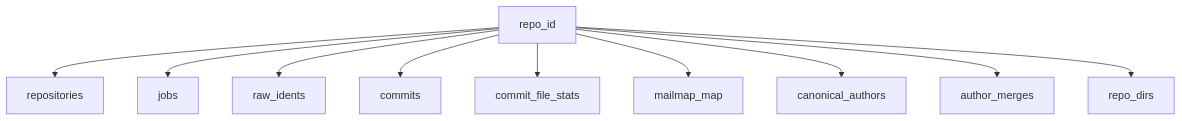
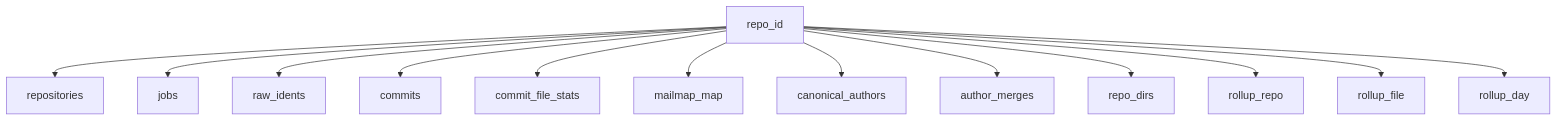
Before and after one commit to ZFakir/SDPTestOne2799656: the third of 11 diagrams in .qoder/repowiki/en/content/Data Models & Database Schema/Database Schema.md, drawn with Mermaid. The commit also changed other lines of this file and 115 other files, not shown here.

````diff
--- a/.qoder/repowiki/en/content/Data Models & Database Schema/Database Schema.md
+++ b/.qoder/repowiki/en/content/Data Models & Database Schema/Database Schema.md
@@ -187,12 +229,15 @@
 ```mermaid
 flowchart TD
 RepoId["repo_id"] --> Repos["repositories"]
 RepoId --> Jobs["jobs"]
 RepoId --> RawIdents["raw_idents"]
 RepoId --> Commits["commits"]
 RepoId --> Stats["commit_file_stats"]
 RepoId --> Mailmap["mailmap_map"]
 RepoId --> Canonical["canonical_authors"]
 RepoId --> Merges["author_merges"]
 RepoId --> Dirs["repo_dirs"]
+RepoId --> RollupRepo["rollup_repo"]
+RepoId --> RollupFile["rollup_file"]
+RepoId --> RollupDay["rollup_day"]
 ```
````
